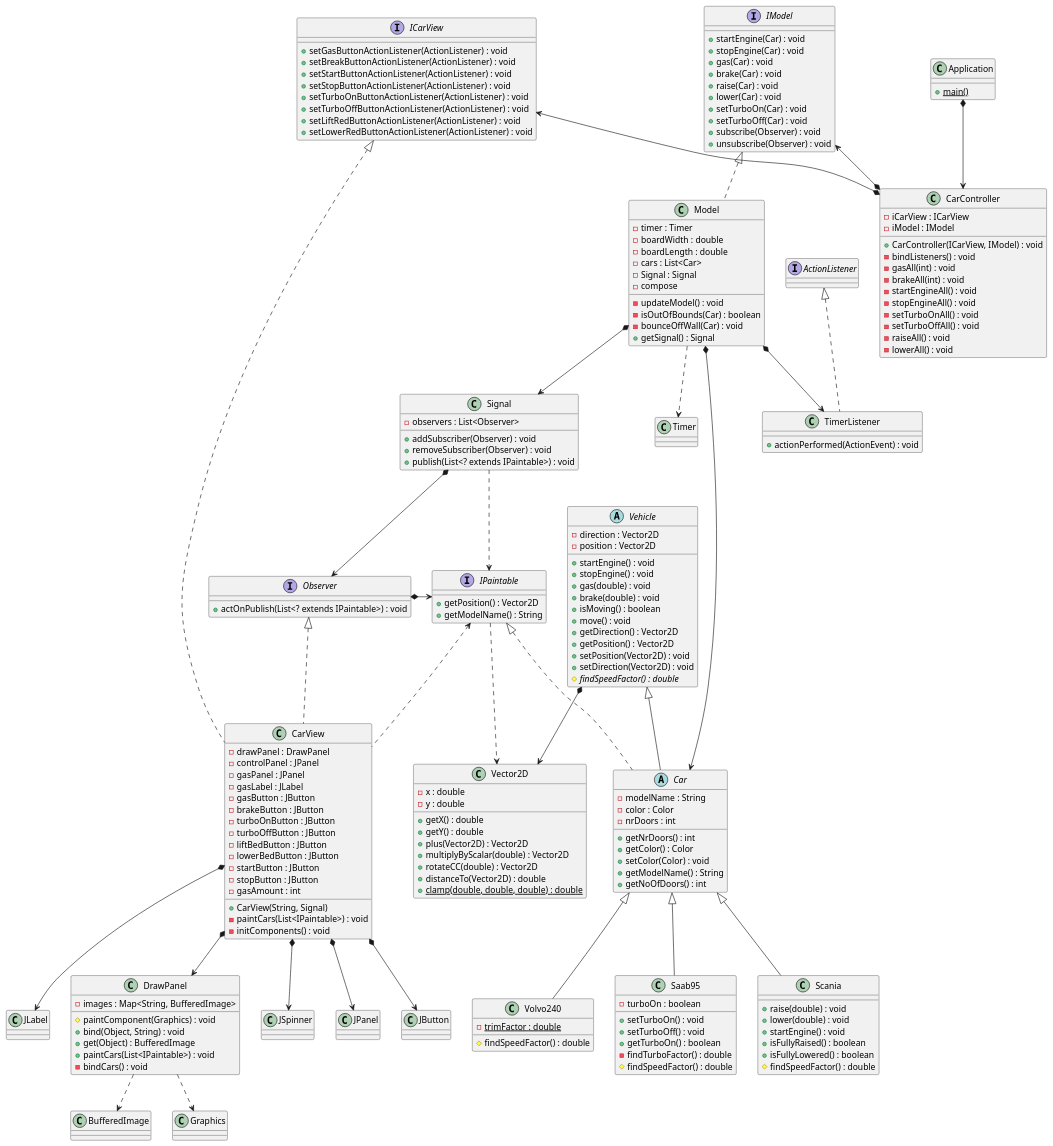
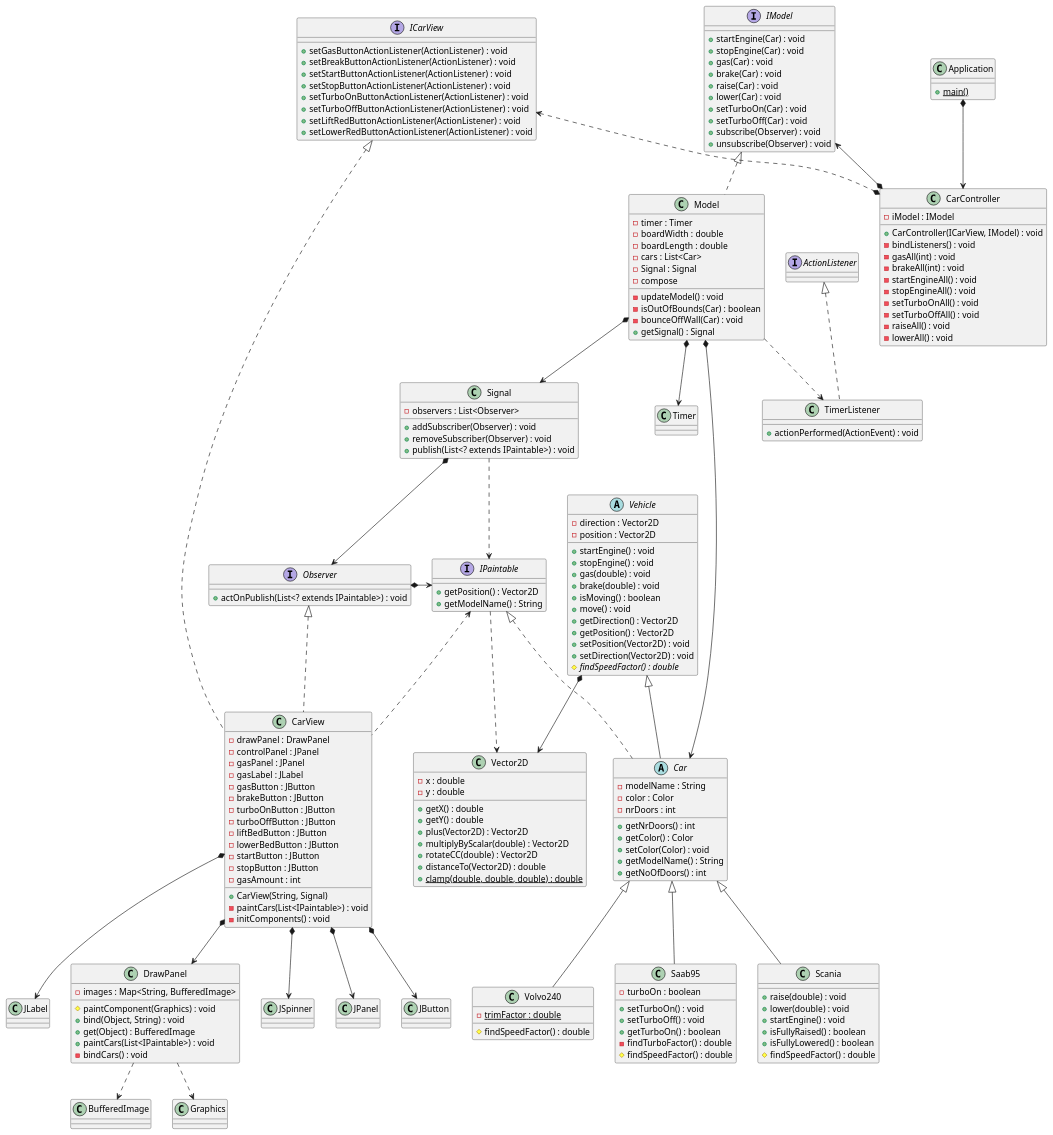
The diagram in src/Uppg4.puml (Yogaledare/dit953-lab2), drawn with PlantUML before and after one commit. The commit also changed other lines of this file, not shown here.

Commit message:
small changes in class diagram

```diff
--- a/src/Uppg4.puml
+++ b/src/Uppg4.puml
@@ -19,7 +19,7 @@
 }
 
 ICarView <|.. CarView
-ICarView <--* CarController
+ICarView <..* CarController
 
 
 class Model{
@@ -57,7 +57,6 @@
 
 
 class CarController {
--iCarView : ICarView
 -iModel : IModel
 +CarController(ICarView, IModel) : void
 -bindListeners() : void
@@ -192,8 +191,8 @@
 
 
 
-Model ..> Timer
-Model *--> TimerListener
+Model *--> Timer
+Model ..> TimerListener
 
 ActionListener <|.. TimerListener
 
```
